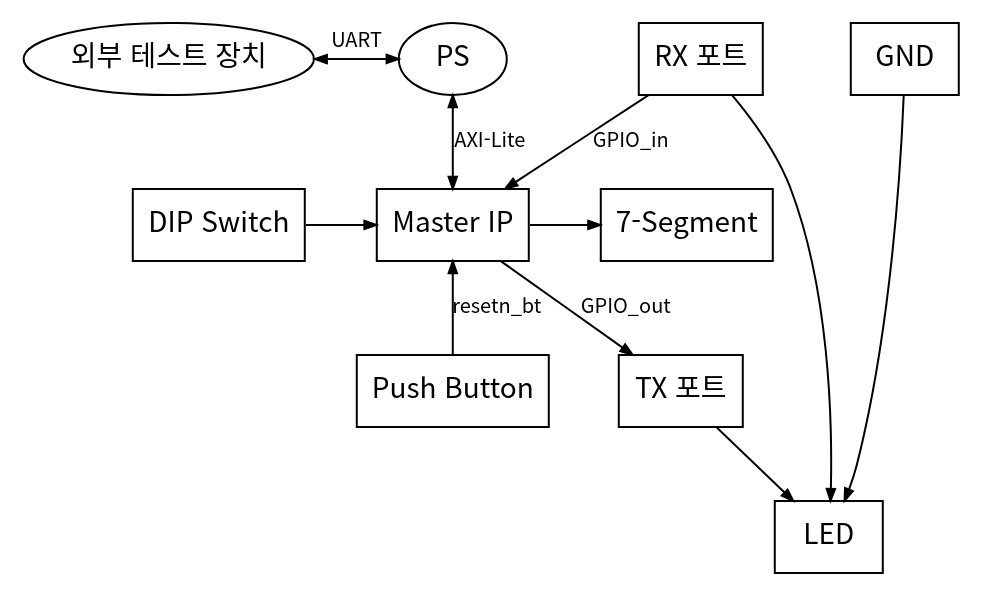
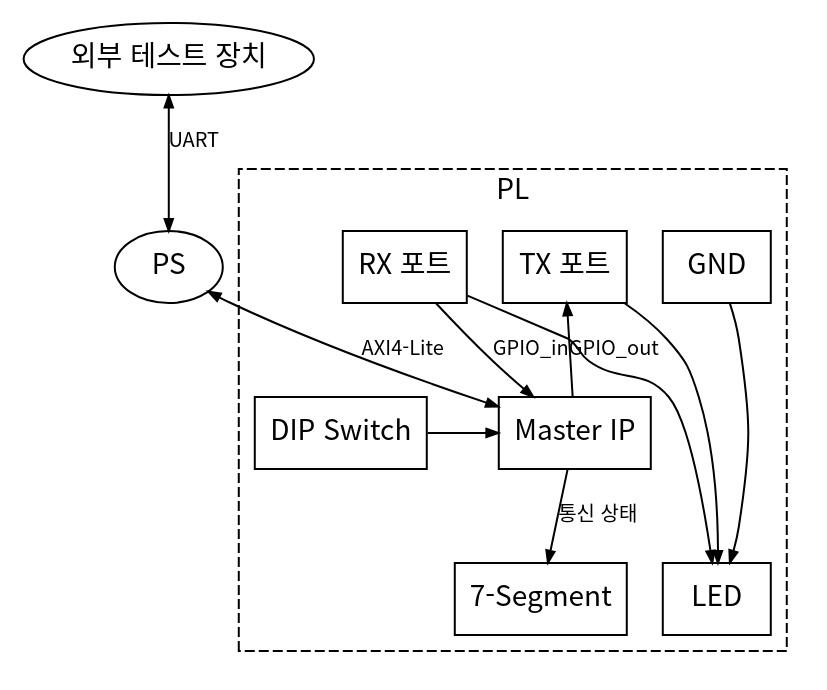
Before and after one commit to Woodong02/SoC_Design_and_Programming: the diagram in diagrams/level2_board.dot, drawn with Graphviz. The commit also changed 3 other files, not shown here.

Commit message:
board/master 다이어그램을 명세대로 재작성 (PL 점선 경계, 디스플레이 제거)

```diff
--- a/diagrams/level2_board.dot
+++ b/diagrams/level2_board.dot
@@ -1,34 +1,39 @@
 digraph G {
     rankdir=TB;
     fontname="Noto Sans CJK KR";
     node [shape=box, fontname="Noto Sans CJK KR", fontsize=14, color=black];
     edge [fontname="Noto Sans CJK KR", fontsize=10, color=black, arrowsize=0.6];
 
     EXT [label="외부 테스트 장치", shape=ellipse];
     PS  [label="PS", shape=ellipse];
-    DIP [label="DIP Switch"];
-    PB  [label="Push Button"];
-    MASTER [label="Master IP"];
-    SEG [label="7-Segment"];
-    TXP [label="TX 포트"];
-    RXP [label="RX 포트"];
-    GND [label="GND"];
-    LED [label="LED"];
 
-    { rank=same; EXT; PS; }
-    { rank=same; DIP; MASTER; SEG; }
-    { rank=same; PB; TXP; }
-    { rank=same; RXP; GND; }
-    { rank=same; LED; }
+    subgraph cluster_pl {
+        label="PL";
+        style=dashed;
+        fontname="Noto Sans CJK KR";
 
-    EXT -> PS  [label="UART", dir=both];
-    PS  -> MASTER [label="AXI-Lite", dir=both];
-    DIP -> MASTER;
-    PB  -> MASTER [label="resetn_bt"];
-    MASTER -> SEG;
-    MASTER -> TXP [label="GPIO_out"];
-    RXP -> MASTER [label="GPIO_in"];
+        GND [label="GND"];
+        TXP [label="TX 포트"];
+        RXP [label="RX 포트"];
+        LED [label="LED"];
+        DIP [label="DIP Switch"];
+        MASTER [label="Master IP"];
+        SEG [label="7-Segment"];
+
+        { rank=same; GND; TXP; RXP; }
+        { rank=same; DIP; MASTER; }
+        { rank=same; LED; SEG; }
+    }
+
+    EXT -> PS [label="UART", dir=both];
+    PS  -> MASTER [label="AXI4-Lite", dir=both];
+
     GND -> LED;
     TXP -> LED;
     RXP -> LED;
+
+    MASTER -> TXP [label="GPIO_out"];
+    RXP -> MASTER [label="GPIO_in"];
+    DIP -> MASTER;
+    MASTER -> SEG [label="통신 상태"];
 }
```
